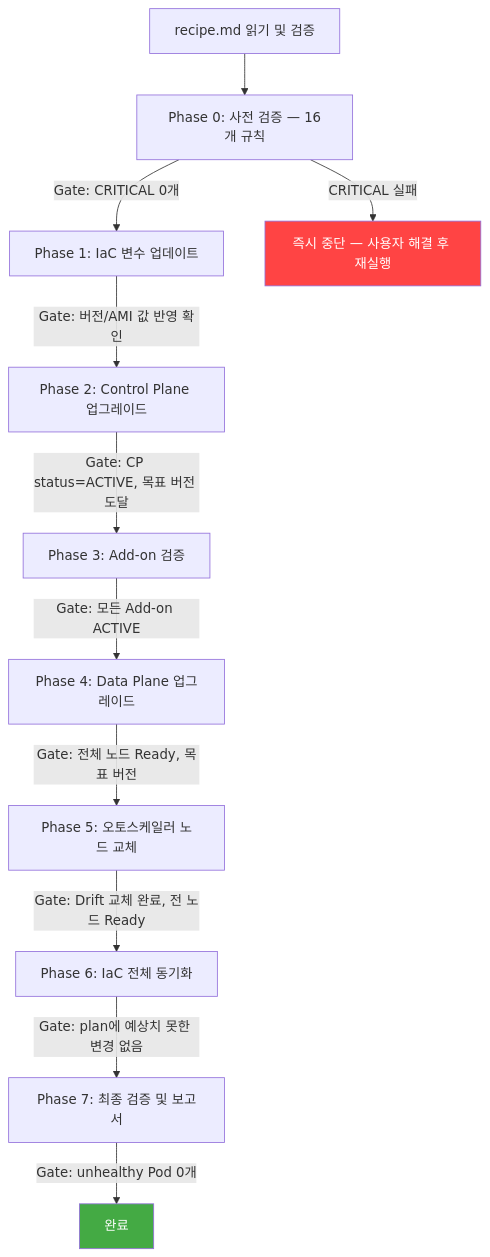
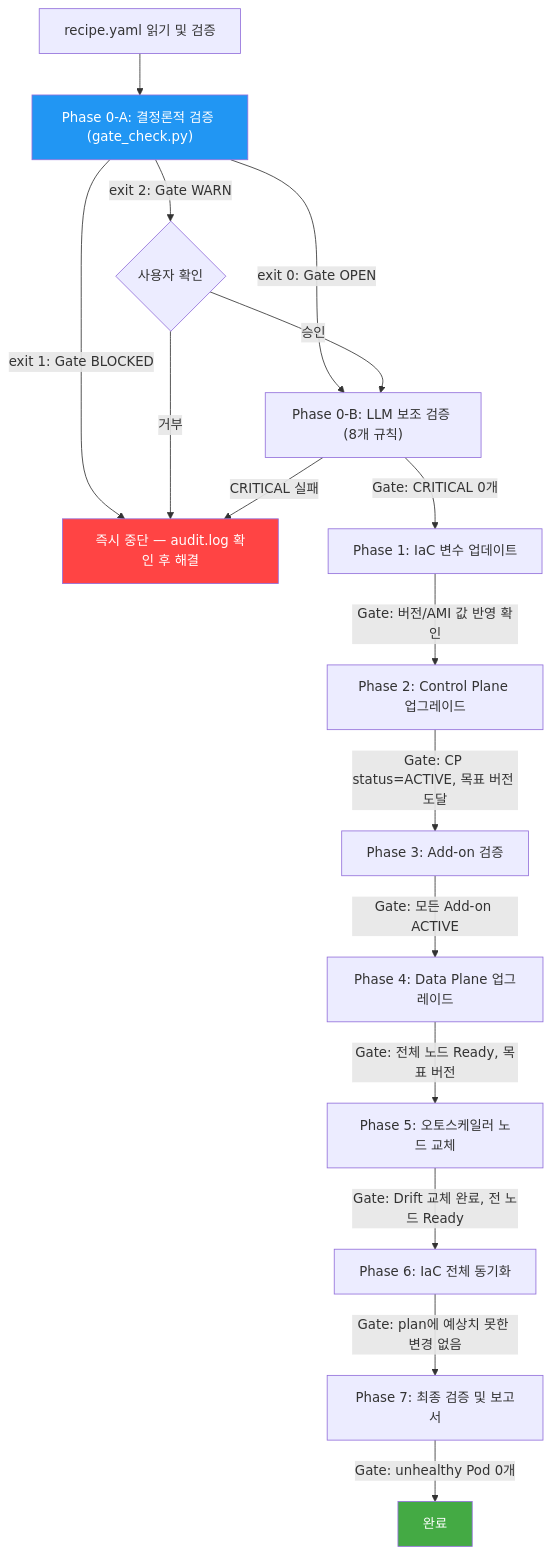
One commit to HaeDalWang/k8s-upgrade-skills changed the diagram in README.md. Above: the diagram before and after it, drawn with Mermaid. The commit also changed other lines of this file and 8 other files, not shown here.

First line of the commit message:
feat: P0~P3 개선 — Gate 스크립트 분리, recipe 스키마 검증, 권한 문서, 런북

````diff
--- a/README.md
+++ b/README.md
@@ -132,16 +159,22 @@
 ```mermaid
 graph TD
-    A[recipe.md 읽기 및 검증] --> B[Phase 0: 사전 검증 — 16개 규칙]
-    B -- "Gate: CRITICAL 0개" --> C[Phase 1: IaC 변수 업데이트]
-    B -- "CRITICAL 실패" --> STOP[즉시 중단 — 사용자 해결 후 재실행]
+    A[recipe.yaml 읽기 및 검증] --> B0A["Phase 0-A: 결정론적 검증 (gate_check.py)"]
+    B0A -- "exit 0: Gate OPEN" --> B0B["Phase 0-B: LLM 보조 검증 (8개 규칙)"]
+    B0A -- "exit 1: Gate BLOCKED" --> STOP[즉시 중단 — audit.log 확인 후 해결]
+    B0A -- "exit 2: Gate WARN" --> USER_CONFIRM{사용자 확인}
+    USER_CONFIRM -- "승인" --> B0B
+    USER_CONFIRM -- "거부" --> STOP
+    B0B -- "Gate: CRITICAL 0개" --> C[Phase 1: IaC 변수 업데이트]
+    B0B -- "CRITICAL 실패" --> STOP
     C -- "Gate: 버전/AMI 값 반영 확인" --> D[Phase 2: Control Plane 업그레이드]
     D -- "Gate: CP status=ACTIVE, 목표 버전 도달" --> E[Phase 3: Add-on 검증]
     E -- "Gate: 모든 Add-on ACTIVE" --> F[Phase 4: Data Plane 업그레이드]
     F -- "Gate: 전체 노드 Ready, 목표 버전" --> G[Phase 5: 오토스케일러 노드 교체]
     G -- "Gate: Drift 교체 완료, 전 노드 Ready" --> H[Phase 6: IaC 전체 동기화]
     H -- "Gate: plan에 예상치 못한 변경 없음" --> I[Phase 7: 최종 검증 및 보고서]
     I -- "Gate: unhealthy Pod 0개" --> J[완료]
 
     style STOP fill:#f44,color:#fff
     style J fill:#4a4,color:#fff
+    style B0A fill:#2196F3,color:#fff
 ```
````
